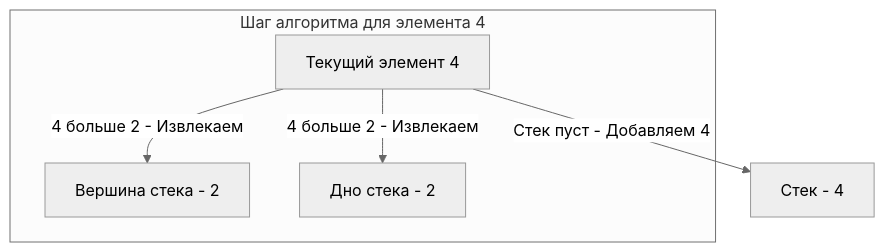
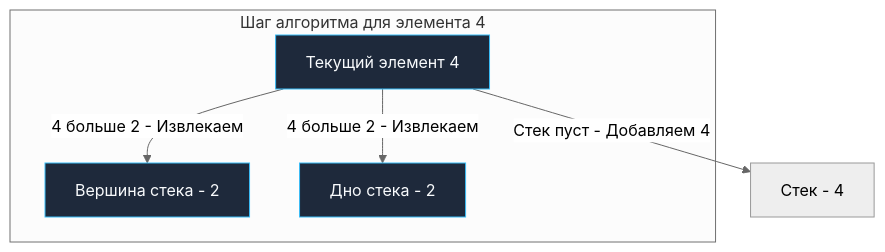
Before and after one commit to UnrealTemplier/go-textbook: the diagram in sources/21. Задачи с LeetCode и собеседований на Go/02. Задачи/06. Стек/2. Монотонный стек.md, drawn with Mermaid (neutral theme). The commit also changed 1666 other files, not shown here.

First line of the commit message:
feat(mermaid): add semantic color classDef to 1369 colorless flowchart/graph diagrams

````diff
--- a/sources/21. Задачи с LeetCode и собеседований на Go/02. Задачи/06. Стек/2. Монотонный стек.md
+++ b/sources/21. Задачи с LeetCode и собеседований на Go/02. Задачи/06. Стек/2. Монотонный стек.md
@@ -33,12 +33,22 @@
 ```mermaid
 flowchart TD
+    classDef process  fill:#1e293b,stroke:#38bdf8,stroke-width:1px,color:#f8fafc
+    classDef success  fill:#064e3b,stroke:#34d399,stroke-width:1px,color:#f8fafc
+    classDef error    fill:#7f1d1d,stroke:#f87171,stroke-width:1px,color:#f8fafc
+    classDef warning  fill:#78350f,stroke:#fbbf24,stroke-width:1px,color:#f8fafc
+    classDef entry    fill:#1e3a5f,stroke:#38bdf8,stroke-width:2px,color:#f8fafc
+    classDef aux      fill:#334155,stroke:#64748b,stroke-width:1px,color:#f8fafc
+    classDef system   fill:#312e81,stroke:#a78bfa,stroke-width:1px,color:#f8fafc
+    classDef data     fill:#132d29,stroke:#2dd4bf,stroke-width:1px,color:#f8fafc
+    classDef network  fill:#881337,stroke:#fb7185,stroke-width:1px,color:#f8fafc
+    classDef accent   fill:#1e1b4b,stroke:#818cf8,stroke-width:1px,color:#f8fafc
     subgraph Шаг алгоритма для элемента 4
-        Curr["Текущий элемент 4"]
-        StackTop["Вершина стека - 2"]
-        StackBottom["Дно стека - 2"]
+        Curr["Текущий элемент 4"]:::process
+        StackTop["Вершина стека - 2"]:::process
+        StackBottom["Дно стека - 2"]:::process
     end
     
     Curr -->|"4 больше 2 - Извлекаем"| StackTop
     Curr -->|"4 больше 2 - Извлекаем"| StackBottom
     Curr -->|"Стек пуст - Добавляем 4"| NewStack["Стек - 4"]
 ```
````
